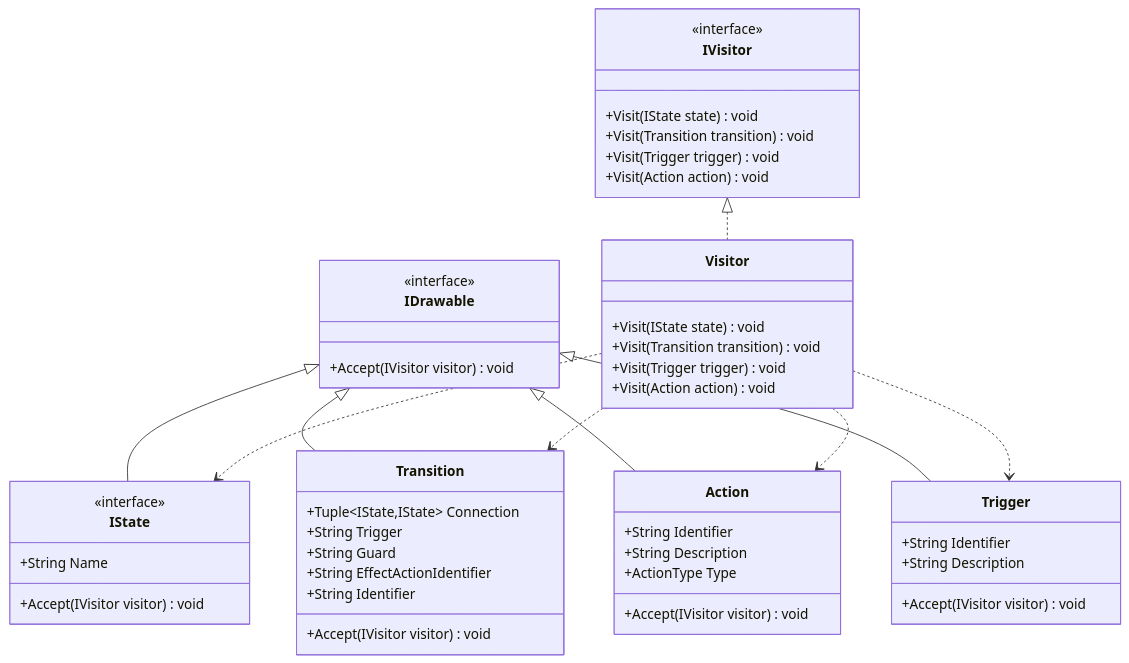
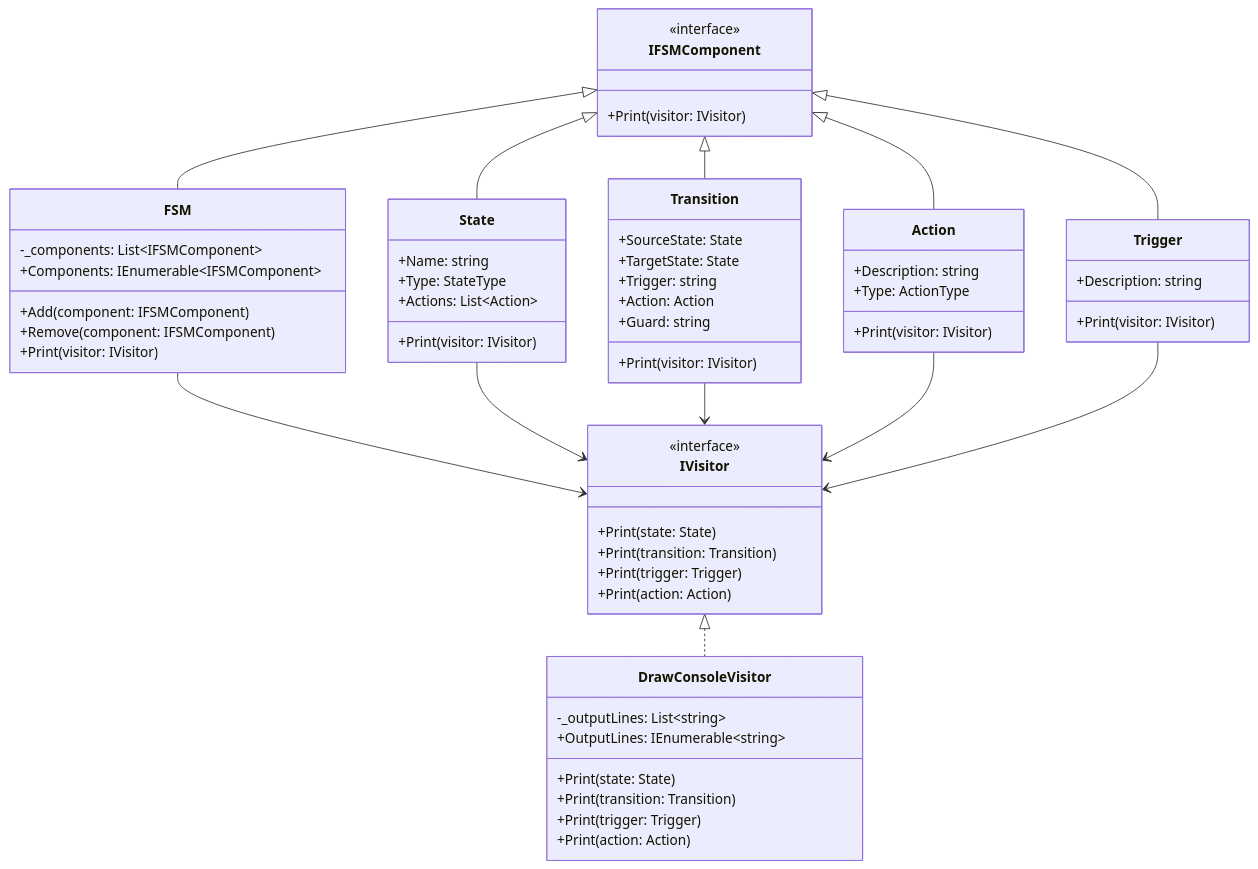
One commit to Barthol1/Avans-DPAT-2425 changed the fifth of 6 diagrams in README.md. Above: the diagram before and after it, drawn with Mermaid. The commit also changed other lines of this file and 8 other files, not shown here.

Commit message:
Remove unused validators and clean up code in FSMBuilder and FSMDirector. Update visitor output formatting for better readability. Adjust tests to reflect changes in validation logic.

````diff
--- a/README.md
+++ b/README.md
@@ -370,60 +331,72 @@
 ```mermaid
 classDiagram
     class IVisitor {
         <<interface>>
-        +Visit(IState state) void
-        +Visit(Transition transition) void
-        +Visit(Trigger trigger) void
-        +Visit(Action action) void
+        +Print(state: State)
+        +Print(transition: Transition)
+        +Print(trigger: Trigger)
+        +Print(action: Action)
     }
-    
-    class Visitor {
-        +Visit(IState state) void
-        +Visit(Transition transition) void
-        +Visit(Trigger trigger) void
-        +Visit(Action action) void
+
+    class DrawConsoleVisitor {
+        -_outputLines: List~string~
+        +OutputLines: IEnumerable~string~
+        +Print(state: State)
+        +Print(transition: Transition)
+        +Print(trigger: Trigger)
+        +Print(action: Action)
     }
-    
-    class IDrawable {
+
+    class IFSMComponent {
         <<interface>>
-        +Accept(IVisitor visitor) void
+        +Print(visitor: IVisitor)
     }
-    
-    class IState {
-        <<interface>>
-        +String Name
-        +Accept(IVisitor visitor) void
+
+    class FSM {
+        -_components: List~IFSMComponent~
+        +Components: IEnumerable~IFSMComponent~
+        +Add(component: IFSMComponent)
+        +Remove(component: IFSMComponent)
+        +Print(visitor: IVisitor)
     }
-    
+
+    class State {
+        +Name: string
+        +Type: StateType
+        +Actions: List~Action~
+        +Print(visitor: IVisitor)
+    }
+
     class Transition {
-        +Tuple~IState,IState~ Connection
-        +String Trigger
-        +String Guard
-        +String EffectActionIdentifier
-        +String Identifier
-        +Accept(IVisitor visitor) void
+        +SourceState: State
+        +TargetState: State
+        +Trigger: string
+        +Action: Action
+        +Guard: string
+        +Print(visitor: IVisitor)
     }
-    
+
     class Action {
-        +String Identifier
-        +String Description
-        +ActionType Type
-        +Accept(IVisitor visitor) void
+        +Description: string
+        +Type: ActionType
+        +Print(visitor: IVisitor)
     }
-    
+
     class Trigger {
-        +String Identifier
-        +String Description
-        +Accept(IVisitor visitor) void
+        +Description: string
+        +Print(visitor: IVisitor)
     }
-    
-    IVisitor <|.. Visitor
-    IDrawable <|-- IState
-    IDrawable <|-- Transition
-    IDrawable <|-- Action
-    IDrawable <|-- Trigger
-    Visitor ..> IState
-    Visitor ..> Transition
-    Visitor ..> Action
-    Visitor ..> Trigger
+
+    IVisitor <|.. DrawConsoleVisitor
+    IFSMComponent <|-- FSM
+    IFSMComponent <|-- State
+    IFSMComponent <|-- Transition
+    IFSMComponent <|-- Action
+    IFSMComponent <|-- Trigger
+
+    FSM --> IVisitor
+    State --> IVisitor
+    Transition --> IVisitor
+    Action --> IVisitor
+    Trigger --> IVisitor
 ```
````
